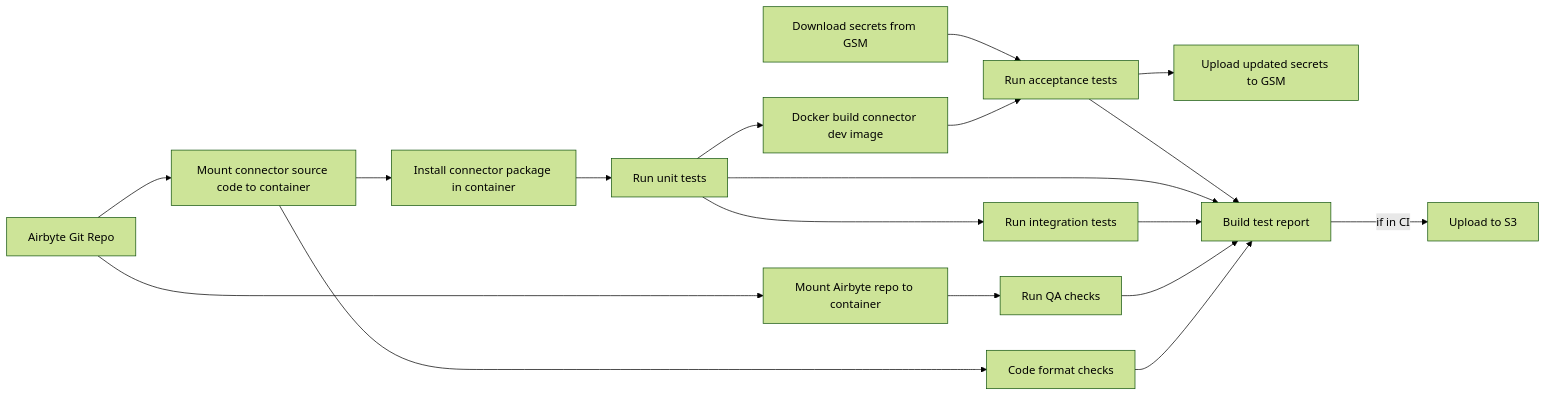
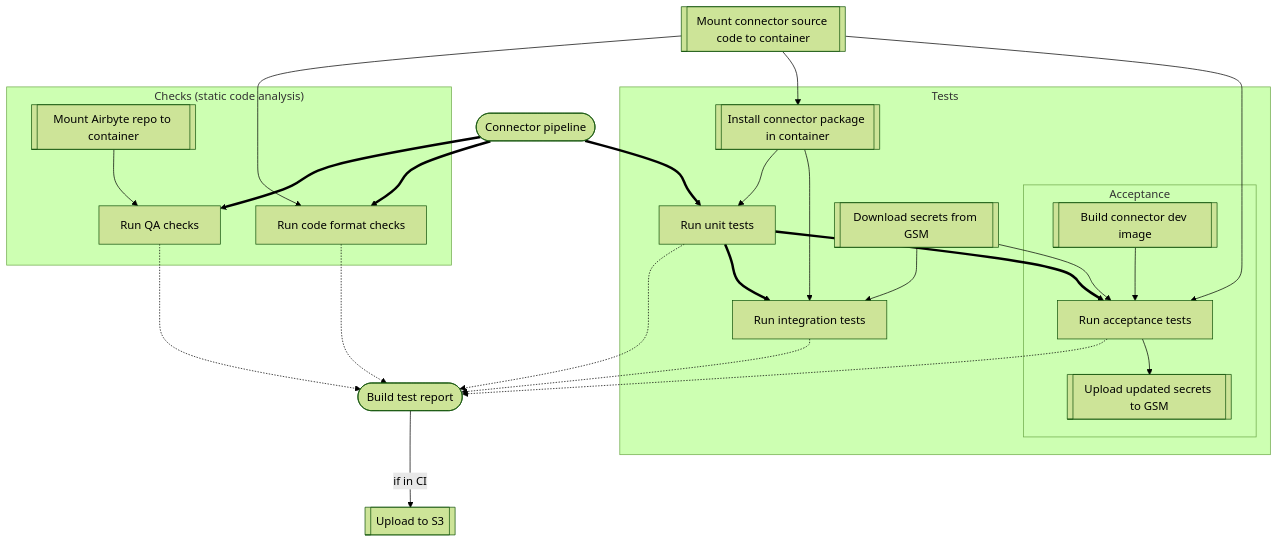
The diagram in tools/ci_connector_ops/ci_connector_ops/pipelines/README.md (airbytehq/airbyte), drawn with Mermaid (forest theme) before and after one commit. The commit also changed other lines of this file and 9 other files, not shown here.

````diff
--- a/tools/ci_connector_ops/ci_connector_ops/pipelines/README.md
+++ b/tools/ci_connector_ops/ci_connector_ops/pipelines/README.md
@@ -84,20 +84,18 @@
 ```mermaid
-flowchart LR;
-    AB_GIT_REPO[Airbyte Git Repo] --> MOUNT_AB[Mount Airbyte repo to container];
-    AB_GIT_REPO[Airbyte Git Repo] --> MOUNT_CONN[Mount connector source code to container];
-    DOWN_SECRETS[Download secrets from GSM]-->CAT
-    MOUNT_AB-->QA[Run QA checks];
-    MOUNT_CONN-->FORMAT[Code format checks];
-    MOUNT_CONN-->INSTALL_CONN[Install connector package in container];
-    INSTALL_CONN-->UNIT_TESTS[Run unit tests];
-    UNIT_TESTS-->INTEGRATION_TESTS[Run integration tests];
-    UNIT_TESTS-->DOCKER_BUILD[Docker build connector dev image];
-    DOCKER_BUILD-->CAT[Run acceptance tests];
-    CAT-->UPLOAD_SECRETS[Upload updated secrets to GSM];
-    CAT-->REPORT[Build test report];
-    UNIT_TESTS-->REPORT;
-    INTEGRATION_TESTS-->REPORT;
-    QA-->REPORT;
-    FORMAT-->REPORT;
-    REPORT--if in CI-->UPLOAD[Upload to S3];
+flowchart TB
+    conn([Connector pipeline])==>qa & fmt & tu
+    src[[Mount connector source code to container]]-->fmt & pkg & ta
+    fmt & tu & ti & ta & qa -.-> r([Build test report])--if in CI-->s3[[Upload to S3]]
+    subgraph "Checks (static code analysis)"
+        repo[[Mount Airbyte repo to container]]-->qa[Run QA checks]
+        fmt[Run code format checks]
+    end
+    subgraph Tests
+        tu[Run unit tests]==>ti[Run integration tests] & ta[Run acceptance tests]
+        pkg[[Install connector package in container]]-->tu & ti
+        dsec[[Download secrets from GSM]] --> ti & ta
+        subgraph Acceptance
+            bld[[Build connector dev image]]-->ta-->upsec[[Upload updated secrets to GSM]]
+        end
+    end
 ```
````
